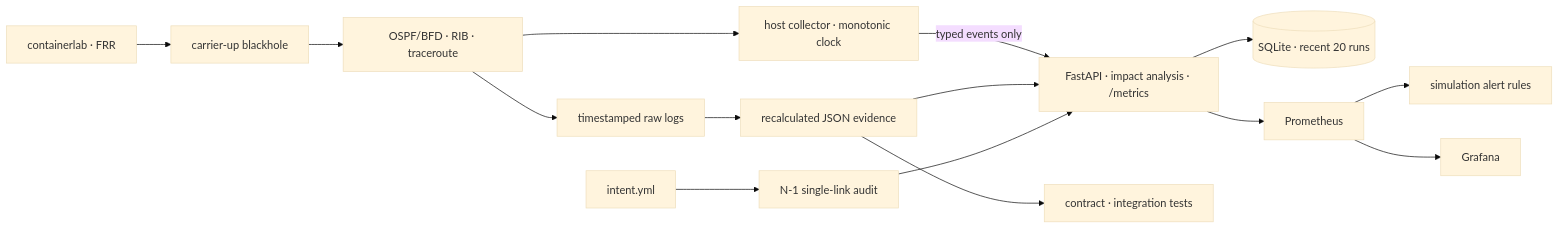
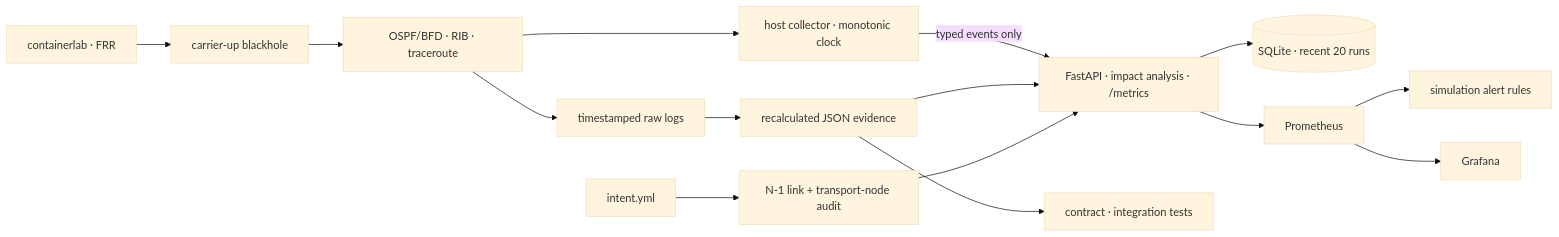
Before and after one commit to teriyakki-jin/telconet-sentinel: the diagram in README.md, drawn with Mermaid (base theme). The commit also changed other lines of this file and 14 other files, not shown here.

First line of the commit message:
Validate N-1 transport node failures (#23)

````diff
--- a/README.md
+++ b/README.md
@@ -47,17 +47,17 @@
 ```mermaid
 flowchart LR
     LAB["containerlab · FRR"] --> FAULT["carrier-up blackhole"]
     FAULT --> STATE["OSPF/BFD · RIB · traceroute"]
     STATE --> RAW["timestamped raw logs"]
     STATE --> COLLECTOR["host collector · monotonic clock"]
     COLLECTOR -->|"typed events only"| API
     RAW --> JSON["recalculated JSON evidence"]
     JSON --> API["FastAPI · impact analysis · /metrics"]
-    INTENT["intent.yml"] --> AUDIT["N-1 single-link audit"]
+    INTENT["intent.yml"] --> AUDIT["N-1 link + transport-node audit"]
     AUDIT --> API
     API --> DB[("SQLite · recent 20 runs")]
     API --> PROM["Prometheus"]
     PROM --> ALERT["simulation alert rules"]
     PROM --> GRAFANA["Grafana"]
     JSON --> TEST["contract · integration tests"]
 ```
````
